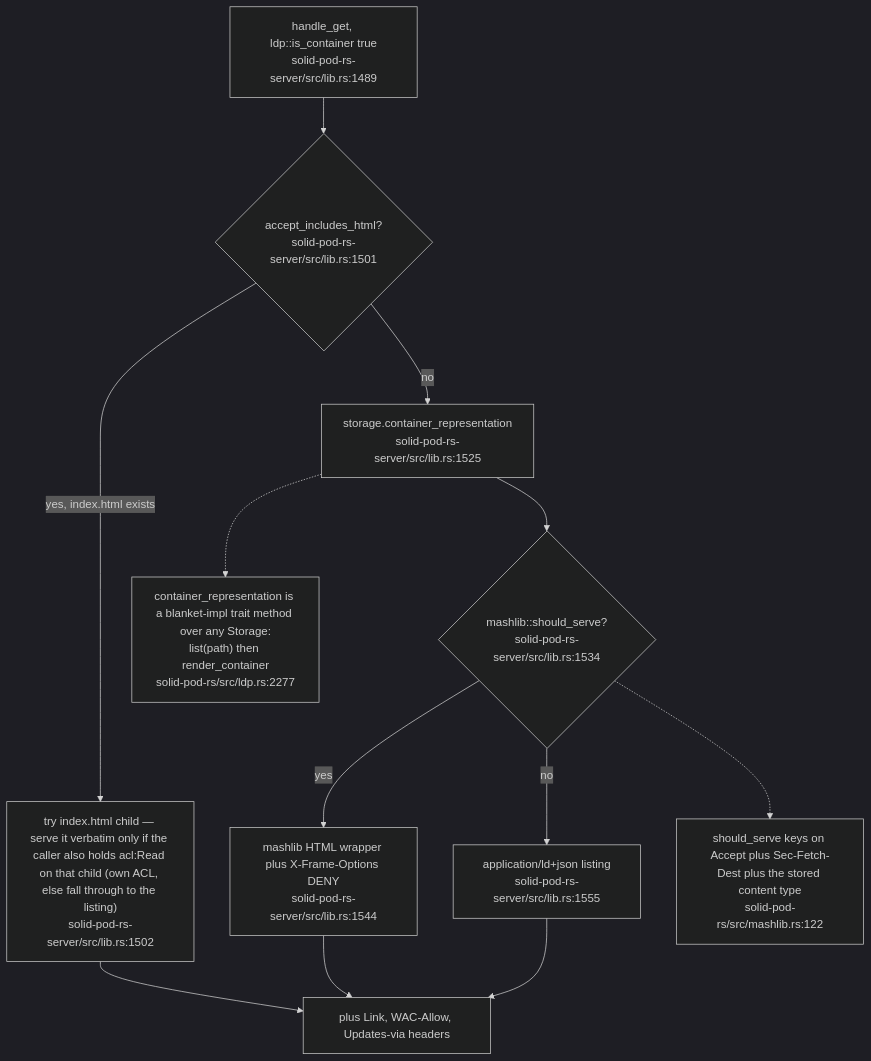
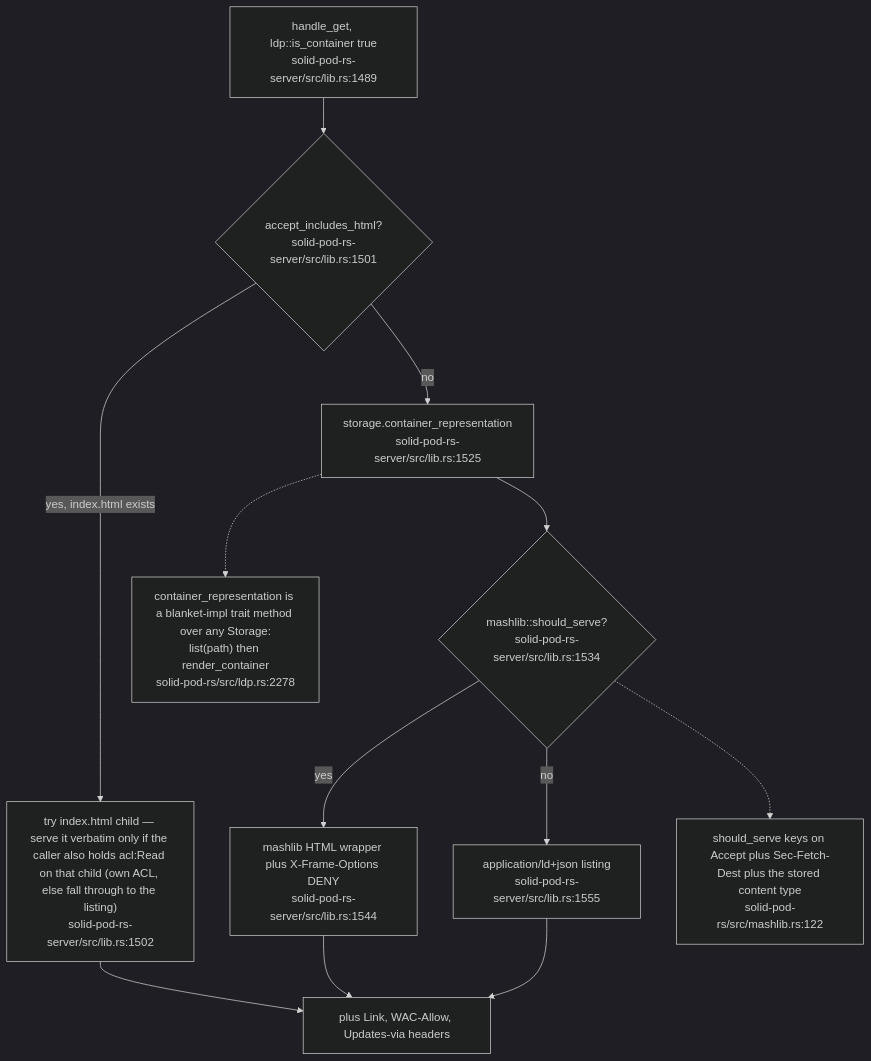
Before and after one commit to DreamLab-AI/VisionFlow: the second of 11 diagrams in docs/diagrams/solid-pod-rs/03-ldp-request-lifecycle.md, drawn with Mermaid (dark theme). The commit also changed other lines of this file and 145 other files, not shown here.

````diff
--- a/docs/diagrams/solid-pod-rs/03-ldp-request-lifecycle.md
+++ b/docs/diagrams/solid-pod-rs/03-ldp-request-lifecycle.md
@@ -57,24 +57,24 @@
 ```mermaid
 flowchart TD
     START["handle_get, ldp::is_container true<br/>solid-pod-rs-server/src/lib.rs:1489"]
     HTML{"accept_includes_html?<br/>solid-pod-rs-server/src/lib.rs:1501"}
     IDX["try index.html child — serve it verbatim only if the caller also holds acl:Read on that child (own ACL, else fall through to the listing)<br/>solid-pod-rs-server/src/lib.rs:1502"]
     REP["storage.container_representation<br/>solid-pod-rs-server/src/lib.rs:1525"]
     MASH{"mashlib::should_serve?<br/>solid-pod-rs-server/src/lib.rs:1534"}
     MHTML["mashlib HTML wrapper plus X-Frame-Options DENY<br/>solid-pod-rs-server/src/lib.rs:1544"]
     JSONLD["application/ld+json listing<br/>solid-pod-rs-server/src/lib.rs:1555"]
     DONE["plus Link, WAC-Allow, Updates-via headers"]
 
     START --> HTML
     HTML -- "yes, index.html exists" --> IDX
     HTML -- no --> REP
     IDX --> DONE
     REP --> MASH
     MASH -- yes --> MHTML --> DONE
     MASH -- no --> JSONLD --> DONE
 
-    N["container_representation is a blanket-impl trait method over any Storage:<br/>list(path) then render_container<br/>solid-pod-rs/src/ldp.rs:2277"]
+    N["container_representation is a blanket-impl trait method over any Storage:<br/>list(path) then render_container<br/>solid-pod-rs/src/ldp.rs:2278"]
     REP -.-> N
     N2["should_serve keys on Accept plus Sec-Fetch-Dest plus the stored content type<br/>solid-pod-rs/src/mashlib.rs:122"]
     MASH -.-> N2
 ```
````
